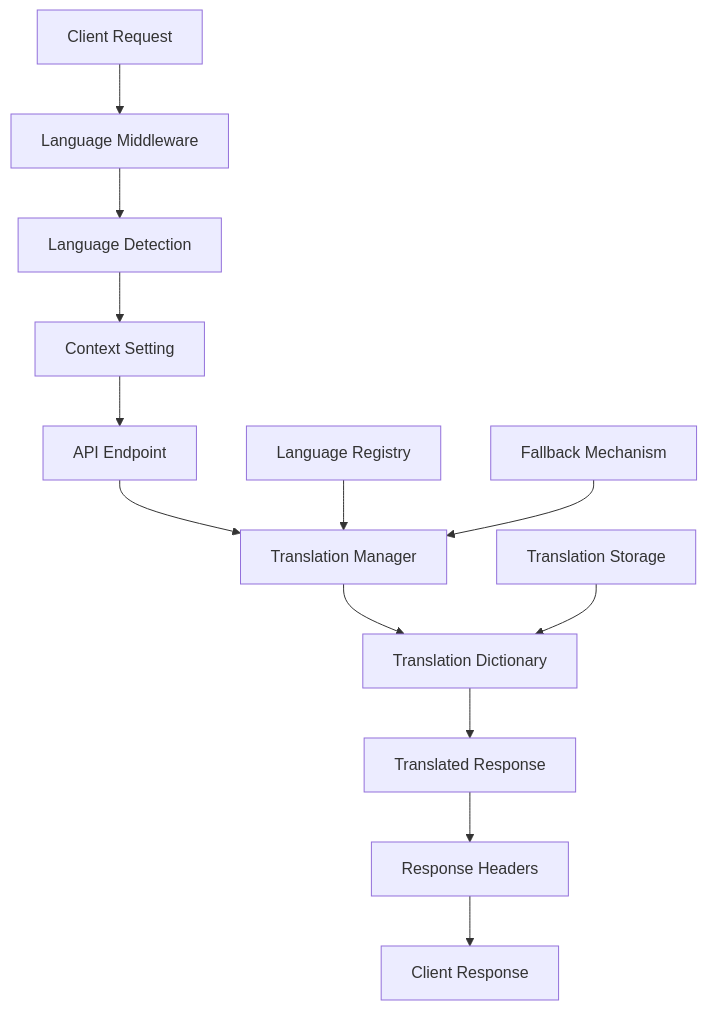
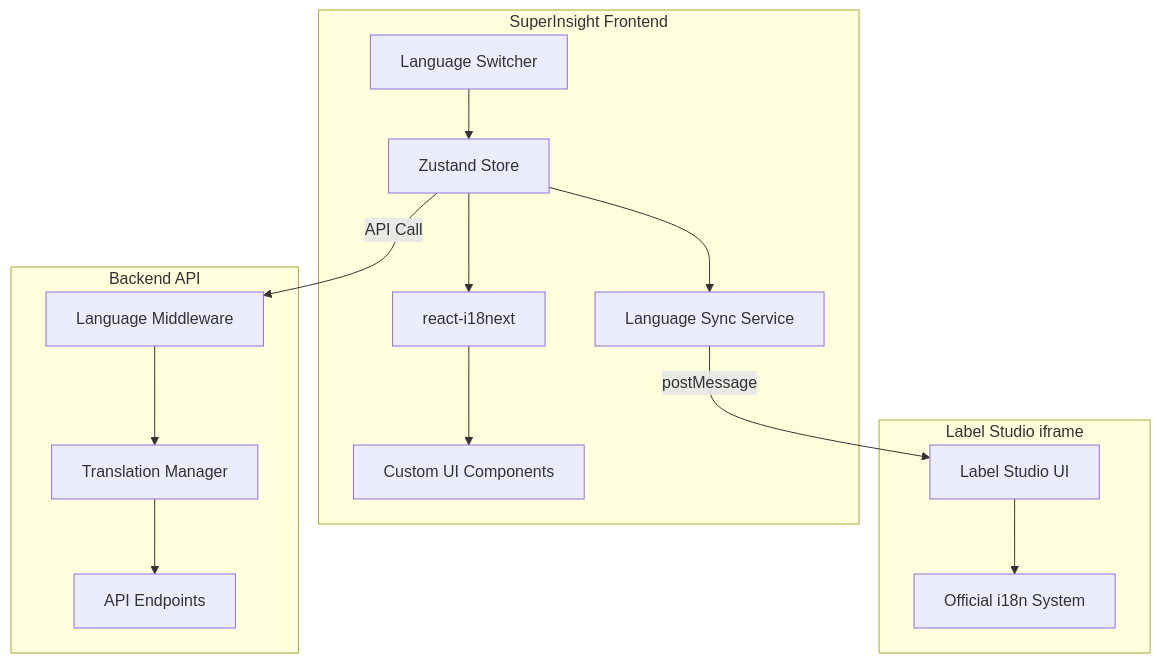
One commit to Angus1976/superinsight1225 changed the diagram in .kiro/specs/i18n-support/design.md. Above: the diagram before and after it, drawn with Mermaid. The commit also changed other lines of this file and 51 other files, not shown here.

````diff
--- a/.kiro/specs/i18n-support/design.md
+++ b/.kiro/specs/i18n-support/design.md
@@ -33,16 +46,27 @@
 ```mermaid
 graph TB
-    A[Client Request] --> B[Language Middleware]
-    B --> C[Language Detection]
-    C --> D[Context Setting]
-    D --> E[API Endpoint]
-    E --> F[Translation Manager]
-    F --> G[Translation Dictionary]
-    G --> H[Translated Response]
-    H --> I[Response Headers]
-    I --> J[Client Response]
+    subgraph "SuperInsight Frontend"
+        A[Language Switcher] --> B[Zustand Store]
+        B --> C[react-i18next]
+        C --> D[Custom UI Components]
+        B --> E[Language Sync Service]
+    end
     
-    K[Translation Storage] --> G
-    L[Language Registry] --> F
-    M[Fallback Mechanism] --> F
+    subgraph "Label Studio iframe"
+        F[Label Studio UI]
+        G[Official i18n System]
+        F --> G
+    end
+    
+    E -->|postMessage| F
+    
+    subgraph "Backend API"
+        H[Language Middleware]
+        I[Translation Manager]
+        J[API Endpoints]
+        H --> I
+        I --> J
+    end
+    
+    B -->|API Call| H
 ```
````
